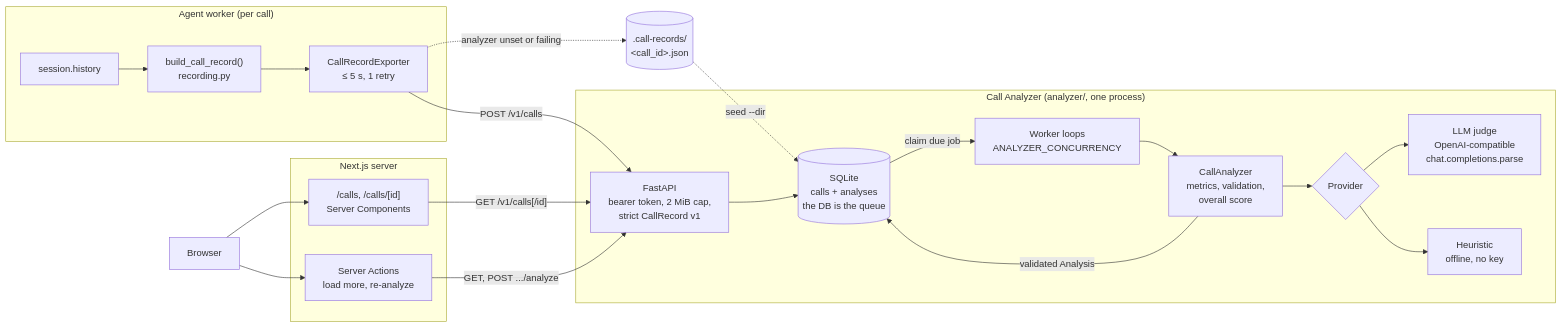
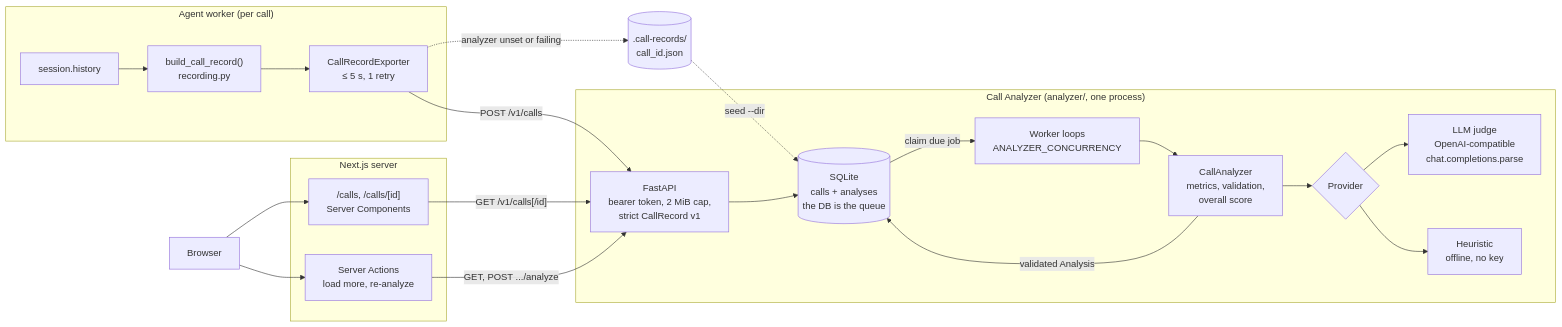
One commit to andreasbloomquist/gpt-live-demo changed the first of 2 diagrams in docs/call-analyzer.md. Above: the diagram before and after it, drawn with Mermaid. The commit also changed other lines of this file and 11 other files, not shown here.

````diff
--- a/docs/call-analyzer.md
+++ b/docs/call-analyzer.md
@@ -75,37 +75,37 @@
 ```mermaid
 flowchart LR
     subgraph Worker["Agent worker (per call)"]
         Hist["session.history"] --> Build["build_call_record()<br/>recording.py"]
         Build --> Exp["CallRecordExporter<br/>≤ 5 s, 1 retry"]
     end
 
     subgraph Analyzer["Call Analyzer (analyzer/, one process)"]
         API["FastAPI<br/>bearer token, 2 MiB cap,<br/>strict CallRecord v1"]
         DB[("SQLite<br/>calls + analyses<br/>the DB is the queue")]
         Loop["Worker loops<br/>ANALYZER_CONCURRENCY"]
         Core["CallAnalyzer<br/>metrics, validation,<br/>overall score"]
         Prov{"Provider"}
         LLM["LLM judge<br/>OpenAI-compatible<br/>chat.completions.parse"]
         Heur["Heuristic<br/>offline, no key"]
     end
 
     subgraph Web["Next.js server"]
         Pages["/calls, /calls/[id]<br/>Server Components"]
         Act["Server Actions<br/>load more, re-analyze"]
     end
 
     Exp -->|"POST /v1/calls"| API
-    Exp -.->|"analyzer unset or failing"| Disk[(".call-records/<br/>&lt;call_id&gt;.json")]
+    Exp -.->|"analyzer unset or failing"| Disk[(".call-records/<br/>call_id.json")]
     Disk -.->|"seed --dir"| DB
     API --> DB
     DB -->|"claim due job"| Loop
     Loop --> Core
     Core --> Prov
     Prov --> LLM
     Prov --> Heur
     Core -->|"validated Analysis"| DB
     Pages -->|"GET /v1/calls[/id]"| API
     Act -->|"GET, POST .../analyze"| API
     Browser["Browser"] --> Pages
     Browser --> Act
 ```
````
